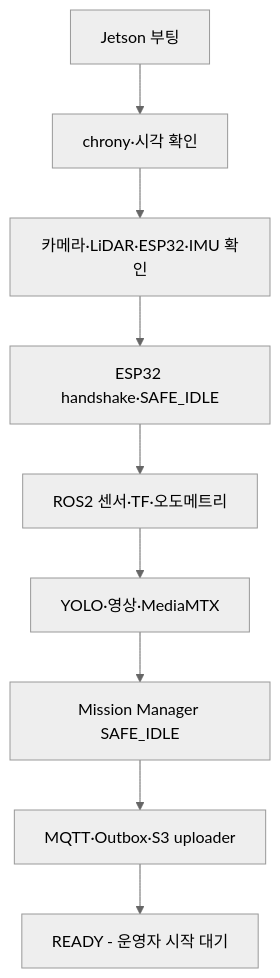
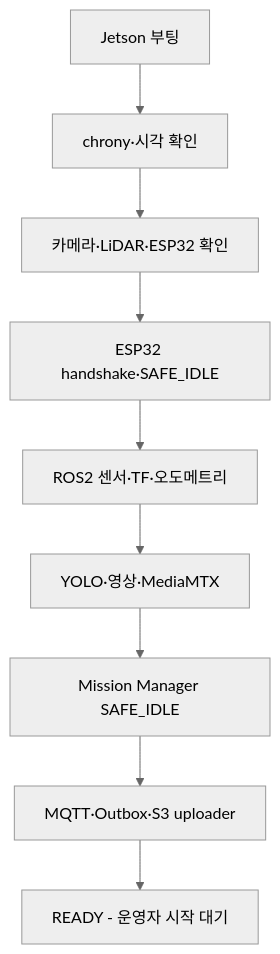
The diagram in docs/06-테스트-보안-운영.md (Common-AIOT/Sentinel-UGV), drawn with Mermaid (neutral theme) before and after one commit. The commit also changed other lines of this file and 10 other files, not shown here.

Commit message:
docs(docs): S15P11A301-176 IMU 센서 ESP32 연결 구조 반영

````diff
--- a/docs/06-테스트-보안-운영.md
+++ b/docs/06-테스트-보안-운영.md
@@ -361,11 +361,11 @@
 ```mermaid
 flowchart TD
     boot["Jetson 부팅"] --> time["chrony·시각 확인"]
-    time --> devices["카메라·LiDAR·ESP32·IMU 확인"]
+    time --> devices["카메라·LiDAR·ESP32 확인"]
     devices --> stm["ESP32 handshake·SAFE_IDLE"]
     stm --> ros["ROS2 센서·TF·오도메트리"]
     ros --> perception["YOLO·영상·MediaMTX"]
     perception --> mission["Mission Manager SAFE_IDLE"]
     mission --> cloud["MQTT·Outbox·S3 uploader"]
     cloud --> ready["READY - 운영자 시작 대기"]
 ```
````
